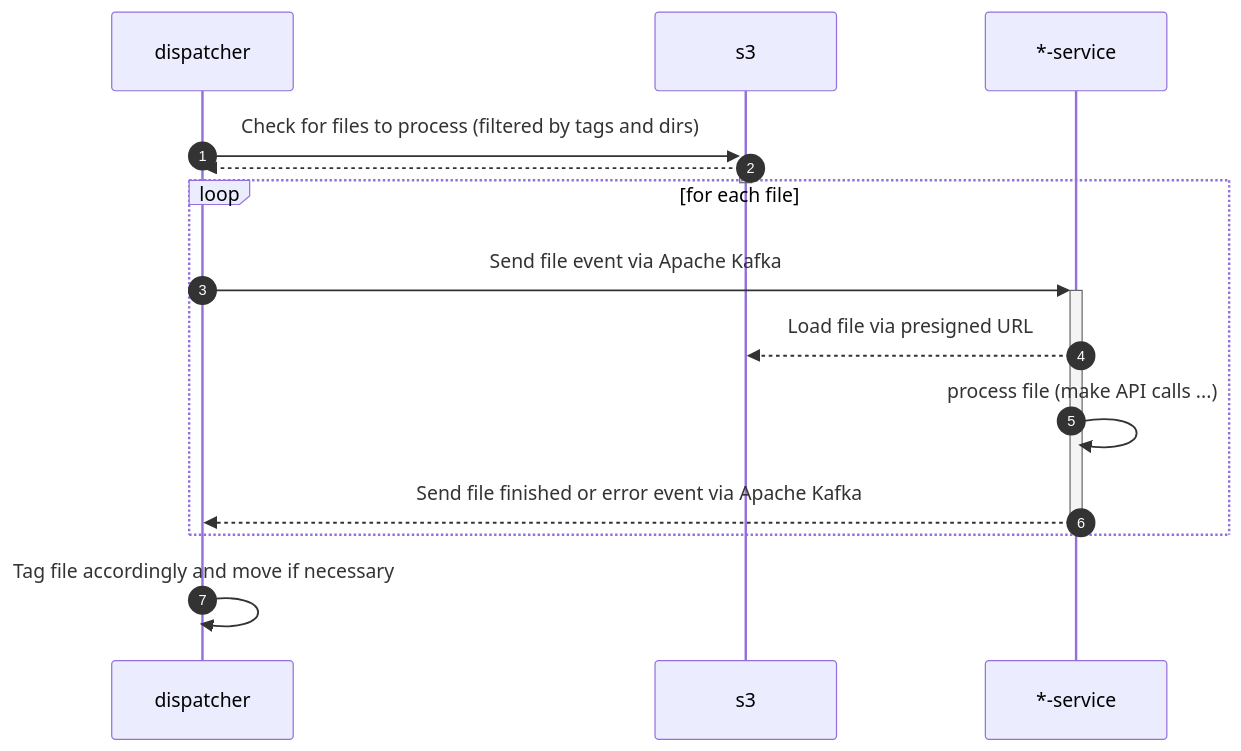
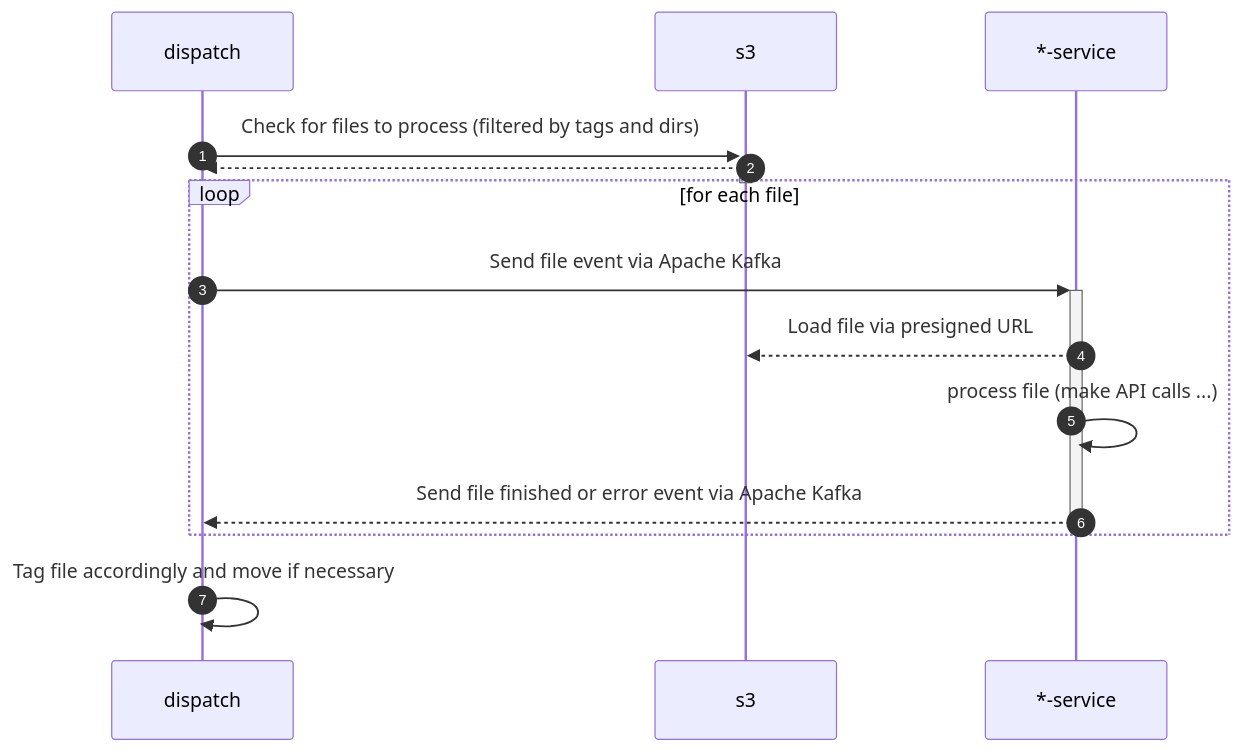
Before and after one commit to it-at-m/swim: the second of 3 diagrams in README.md, drawn with Mermaid. The commit also changed other lines of this file, not shown here.

Commit message:
docs: README unify dispatch naming

````diff
--- a/README.md
+++ b/README.md
@@ -45,16 +45,16 @@
 ```mermaid
 sequenceDiagram
     autonumber
-    participant dispatcher
+    participant dispatch
     participant s3
     participant service as *-service
-    dispatcher ->>+ s3: Check for files to process (filtered by tags and dirs)
-    s3 -->>- dispatcher: 
+    dispatch ->>+ s3: Check for files to process (filtered by tags and dirs)
+    s3 -->>- dispatch: 
     loop for each file
-        dispatcher ->>+ service: Send file event via Apache Kafka
+        dispatch ->>+ service: Send file event via Apache Kafka
         service -->> s3: Load file via presigned URL
         service ->> service: process file (make API calls ...)
-        service -->>- dispatcher: Send file finished or error event via Apache Kafka
+        service -->>- dispatch: Send file finished or error event via Apache Kafka
     end
-    dispatcher ->> dispatcher: Tag file accordingly and move if necessary
+    dispatch ->> dispatch: Tag file accordingly and move if necessary
 ```
````
